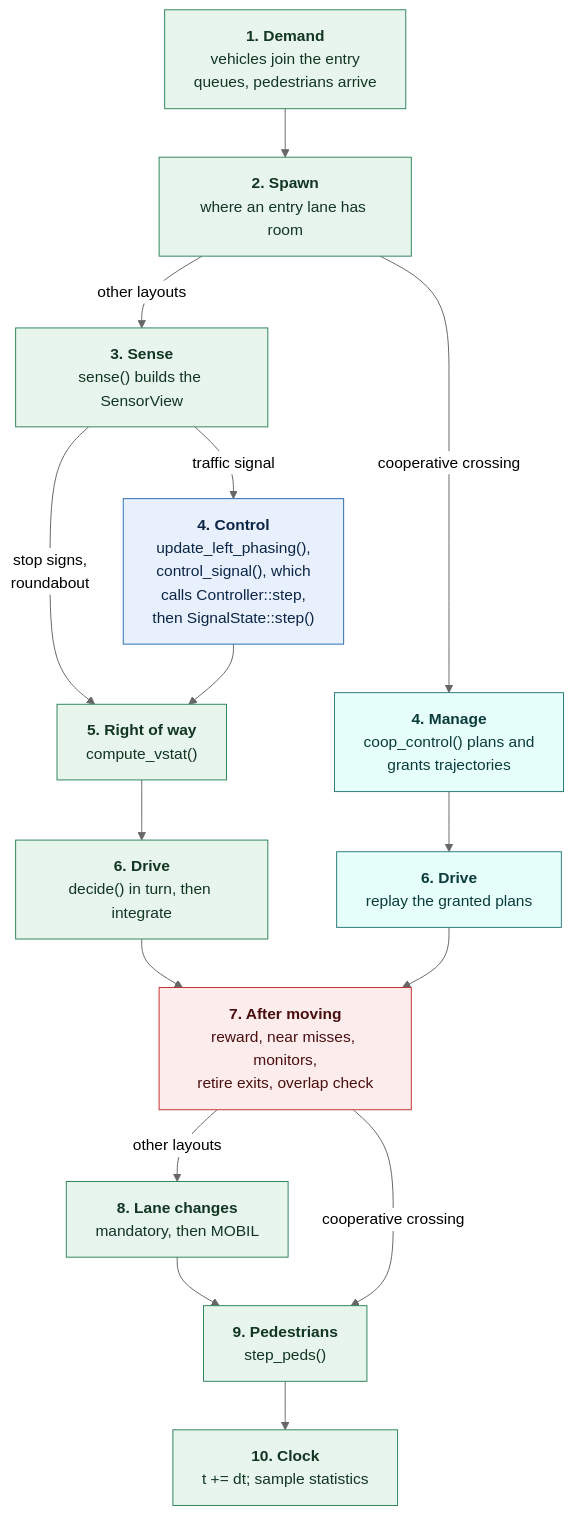
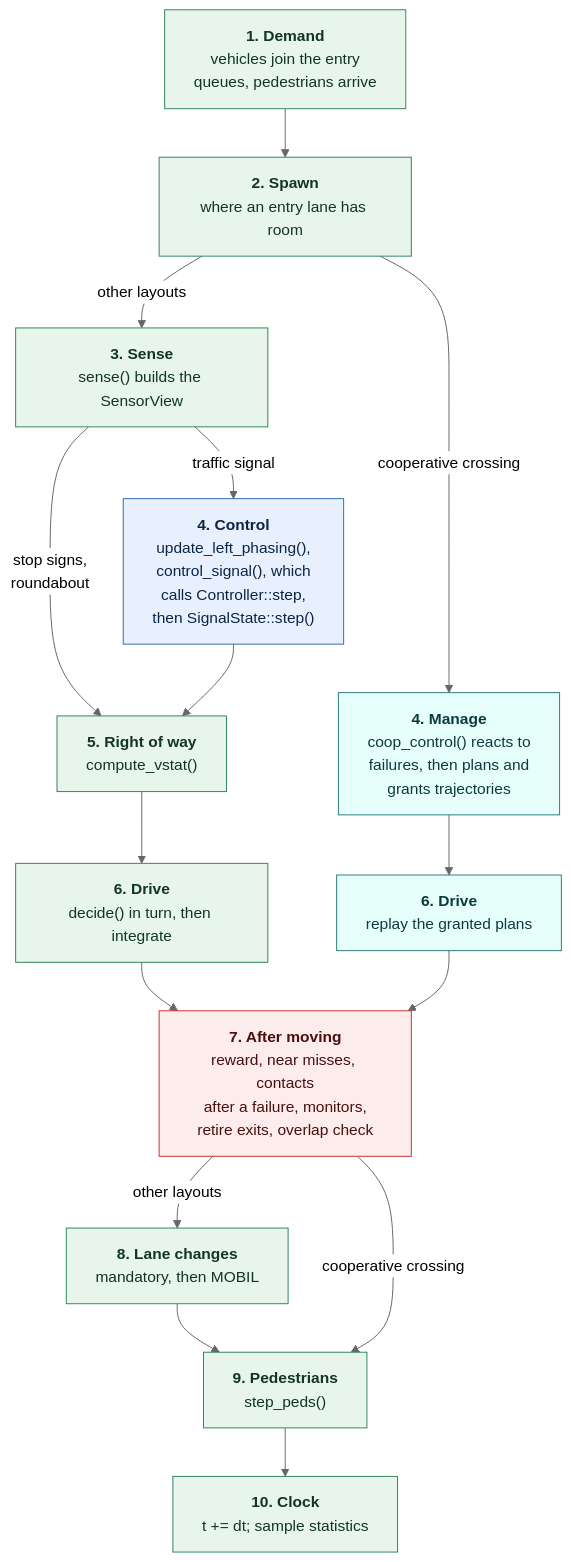
The fourth of 22 diagrams in docs/architecture.md (schreck61/intersection-lab), drawn with Mermaid (neutral theme) before and after one commit. The commit also changed other lines of this file and 13 other files, not shown here.

````diff
--- a/docs/architecture.md
+++ b/docs/architecture.md
@@ -358,33 +362,33 @@
 ```mermaid
 flowchart TB
     A["<b>1. Demand</b><br/>vehicles join the entry<br/>queues, pedestrians arrive"]
     B["<b>2. Spawn</b><br/>where an entry lane has room"]
     SEN["<b>3. Sense</b><br/>sense() builds the SensorView"]
     CTL["<b>4. Control</b><br/>update_left_phasing(),<br/>control_signal(), which<br/>calls Controller::step,<br/>then SignalState::step()"]
-    MGR["<b>4. Manage</b><br/>coop_control() plans and<br/>grants trajectories"]
+    MGR["<b>4. Manage</b><br/>coop_control() reacts to<br/>failures, then plans and<br/>grants trajectories"]
     VS["<b>5. Right of way</b><br/>compute_vstat()"]
     DR["<b>6. Drive</b><br/>decide() in turn, then integrate"]
     DRC["<b>6. Drive</b><br/>replay the granted plans"]
-    AI["<b>7. After moving</b><br/>reward, near misses, monitors,<br/>retire exits, overlap check"]
+    AI["<b>7. After moving</b><br/>reward, near misses, contacts<br/>after a failure, monitors,<br/>retire exits, overlap check"]
     LC["<b>8. Lane changes</b><br/>mandatory, then MOBIL"]
     PED["<b>9. Pedestrians</b><br/>step_peds()"]
     END["<b>10. Clock</b><br/>t += dt; sample statistics"]
     A --> B
     B -->|"other layouts"| SEN
     B -->|"cooperative crossing"| MGR
     SEN -->|"traffic signal"| CTL
     SEN -->|"stop signs,<br/>roundabout"| VS
     CTL --> VS --> DR --> AI
     MGR --> DRC --> AI
     AI -->|"other layouts"| LC --> PED
     AI -->|"cooperative crossing"| PED
     PED --> END
     classDef sim fill:#e7f5ec,stroke:#2f855a,color:#123524
     classDef ctrl fill:#e8f0fe,stroke:#2b6cb0,color:#0b2545
     classDef coop fill:#e6fffa,stroke:#2c7a7b,color:#0b3b3c
     classDef safe fill:#fdecec,stroke:#c53030,color:#4a0f0f
     class A,B,SEN,VS,DR,LC,PED,END sim
     class CTL ctrl
     class MGR,DRC coop
     class AI safe
 ```
````
